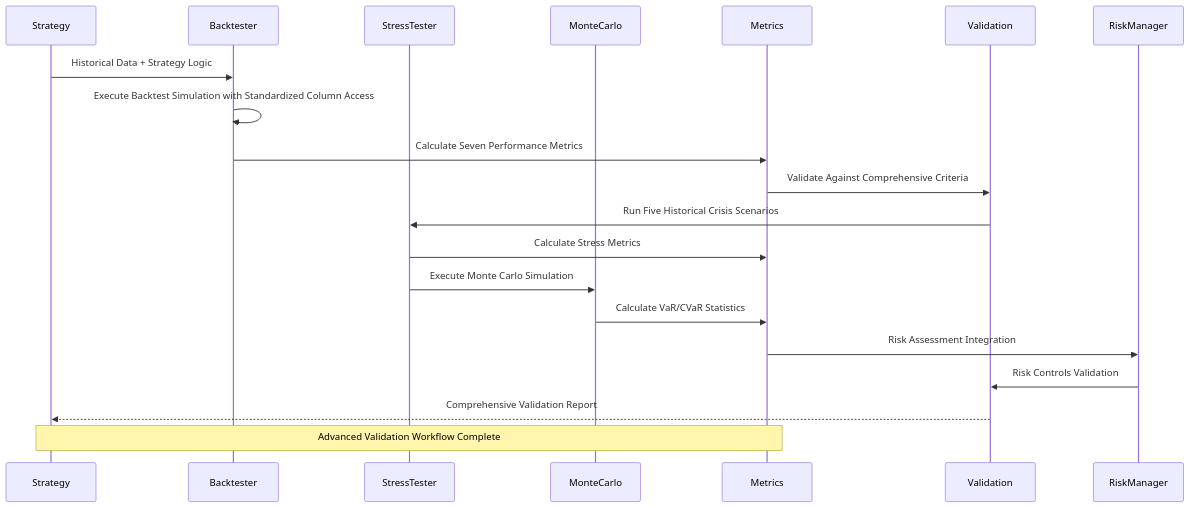
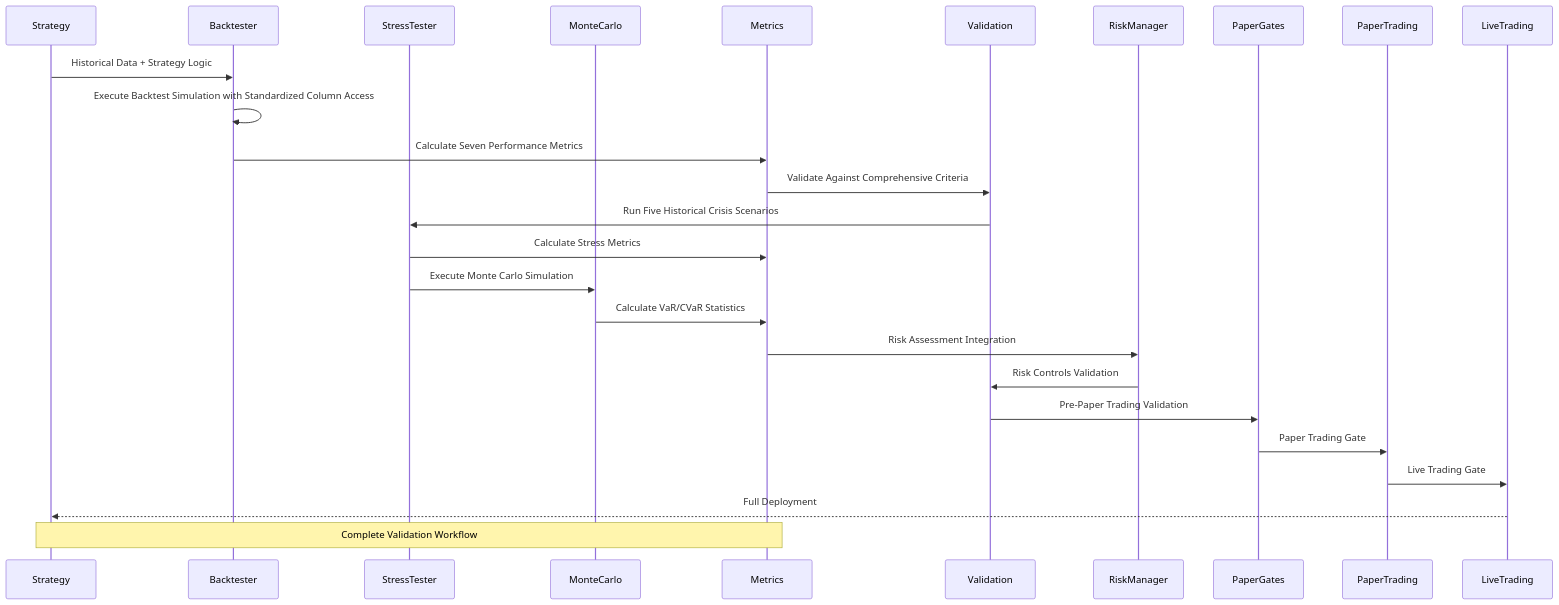
Before and after one commit to guofeng201507/shark-quant-trader: the second of 7 diagrams in .qoder/repowiki/en/content/Backtesting and Validation.md, drawn with Mermaid. The commit also changed other lines of this file and 14 other files, not shown here.

````diff
--- a/.qoder/repowiki/en/content/Backtesting and Validation.md
+++ b/.qoder/repowiki/en/content/Backtesting and Validation.md
@@ -202,22 +223,28 @@
 ```mermaid
 sequenceDiagram
 participant STRAT as Strategy
 participant BT as Backtester
 participant ST as StressTester
 participant MC as MonteCarlo
 participant MET as Metrics
 participant VAL as Validation
 participant RM as RiskManager
+participant PG as PaperGates
+participant PT as PaperTrading
+participant LT as LiveTrading
 STRAT->>BT : Historical Data + Strategy Logic
 BT->>BT : Execute Backtest Simulation with Standardized Column Access
 BT->>MET : Calculate Seven Performance Metrics
 MET->>VAL : Validate Against Comprehensive Criteria
 VAL->>ST : Run Five Historical Crisis Scenarios
 ST->>MET : Calculate Stress Metrics
 ST->>MC : Execute Monte Carlo Simulation
 MC->>MET : Calculate VaR/CVaR Statistics
 MET->>RM : Risk Assessment Integration
 RM->>VAL : Risk Controls Validation
-VAL-->>STRAT : Comprehensive Validation Report
-Note over STRAT,MET : Advanced Validation Workflow Complete
+VAL->>PG : Pre-Paper Trading Validation
+PG->>PT : Paper Trading Gate
+PT->>LT : Live Trading Gate
+LT-->>STRAT : Full Deployment
+Note over STRAT,MET : Complete Validation Workflow
 ```
````
